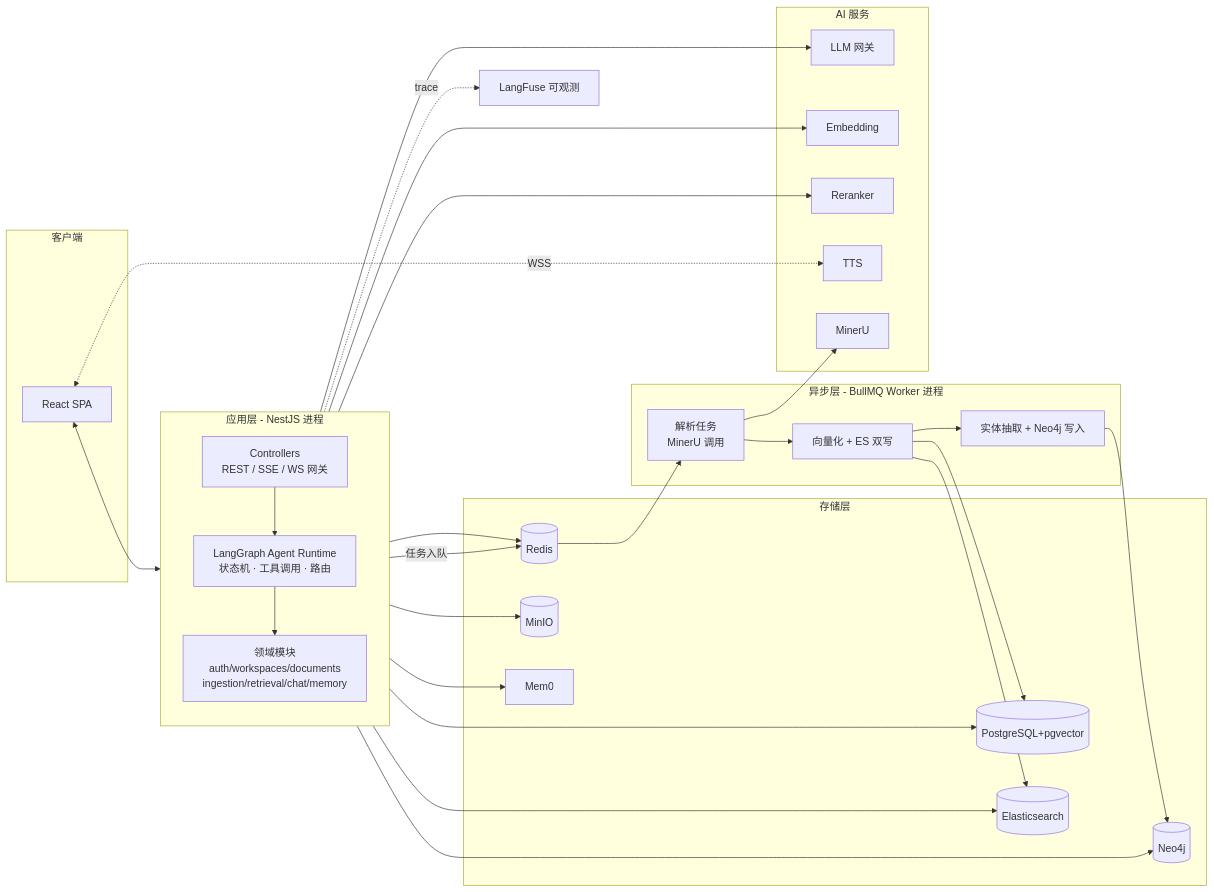
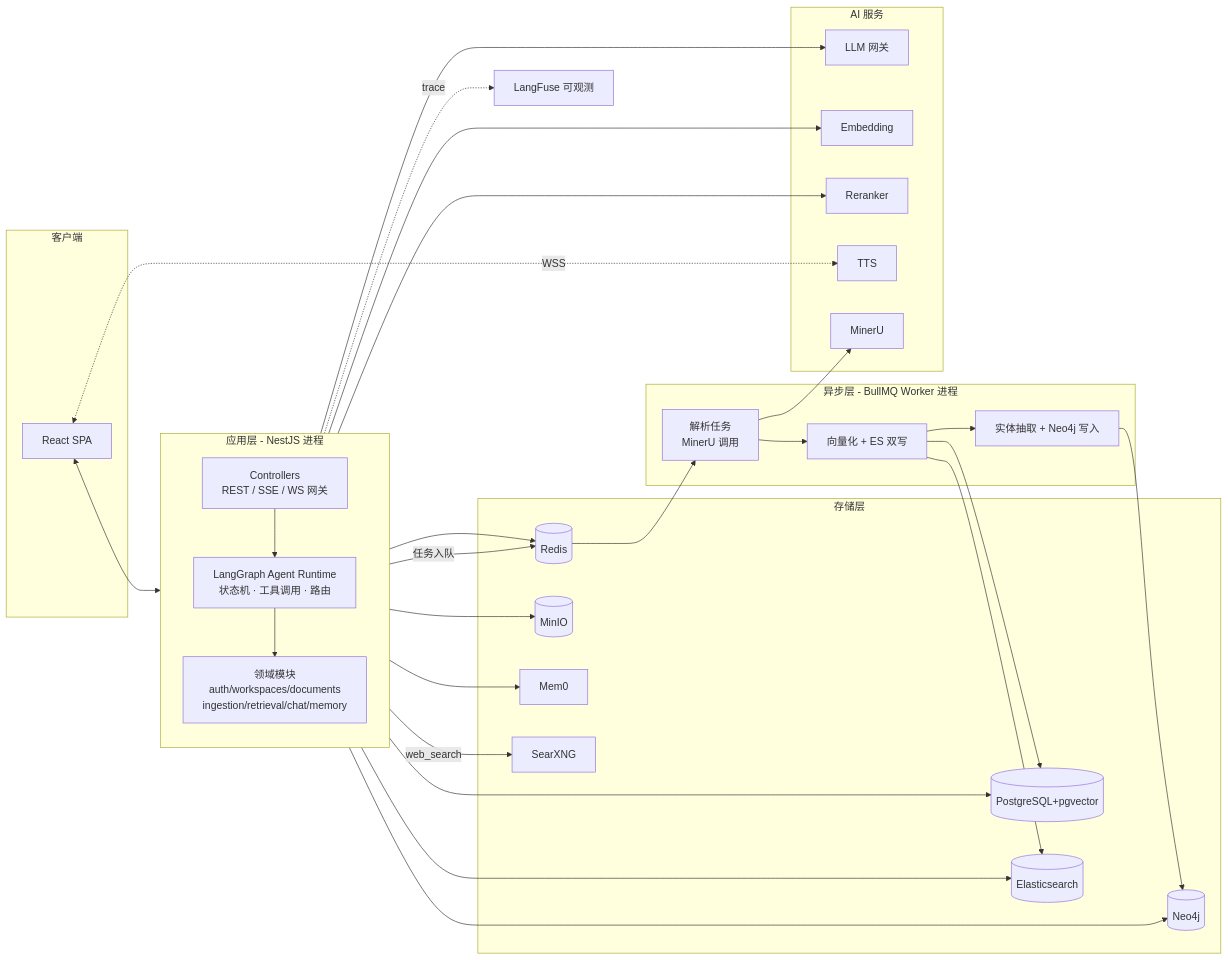
One commit to Fa-haxiki/enterprise-knowlege-hub changed the first of 3 diagrams in docs/02-architecture.md. Above: the diagram before and after it, drawn with Mermaid. The commit also changed other lines of this file and 42 other files, not shown here.

First line of the commit message:
feat: 问答升级为 Agentic RAG，并用自建 SearXNG 提供联网检索

````diff
--- a/docs/02-architecture.md
+++ b/docs/02-architecture.md
@@ -7,51 +7,53 @@
 ```mermaid
 flowchart LR
     subgraph client [客户端]
         Web["React SPA"]
     end
 
     subgraph app [应用层 - NestJS 进程]
         direction TB
         Ctrl["Controllers<br/>REST / SSE / WS 网关"]
         AgentRT["LangGraph Agent Runtime<br/>状态机 · 工具调用 · 路由"]
         Modules["领域模块<br/>auth/workspaces/documents<br/>ingestion/retrieval/chat/memory"]
     end
 
     subgraph worker [异步层 - BullMQ Worker 进程]
         ParseJob["解析任务<br/>MinerU 调用"]
         EmbedJob["向量化 + ES 双写"]
         GraphJob["实体抽取 + Neo4j 写入"]
     end
 
     subgraph store [存储层]
         PG[("PostgreSQL+pgvector")]
         ES[("Elasticsearch")]
         Neo4j[("Neo4j")]
         Redis[("Redis")]
         MinIO[("MinIO")]
         Mem0SVC["Mem0"]
+        SearXNG["SearXNG"]
     end
 
     subgraph ai [AI 服务]
         LLM["LLM 网关"]
         Embed["Embedding"]
         Rerank["Reranker"]
         TTS["TTS"]
         MinerU["MinerU"]
     end
 
     LangFuse["LangFuse 可观测"]
 
     Web <--> Ctrl
     Ctrl --> AgentRT --> Modules
     Modules --> PG & ES & Neo4j & Redis & Mem0SVC
     AgentRT --> LLM & Embed & Rerank
+    AgentRT -->|web_search| SearXNG
     Ctrl -->|任务入队| Redis
     Redis --> ParseJob --> MinerU
     ParseJob --> EmbedJob --> GraphJob
     EmbedJob --> PG & ES
     GraphJob --> Neo4j
     Modules --> MinIO
     AgentRT -.trace.-> LangFuse
     Web <-.WSS.-> TTS
 ```
````
